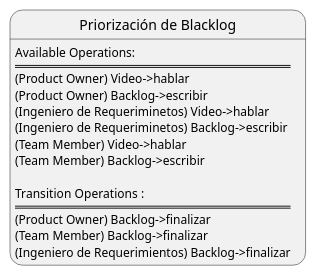
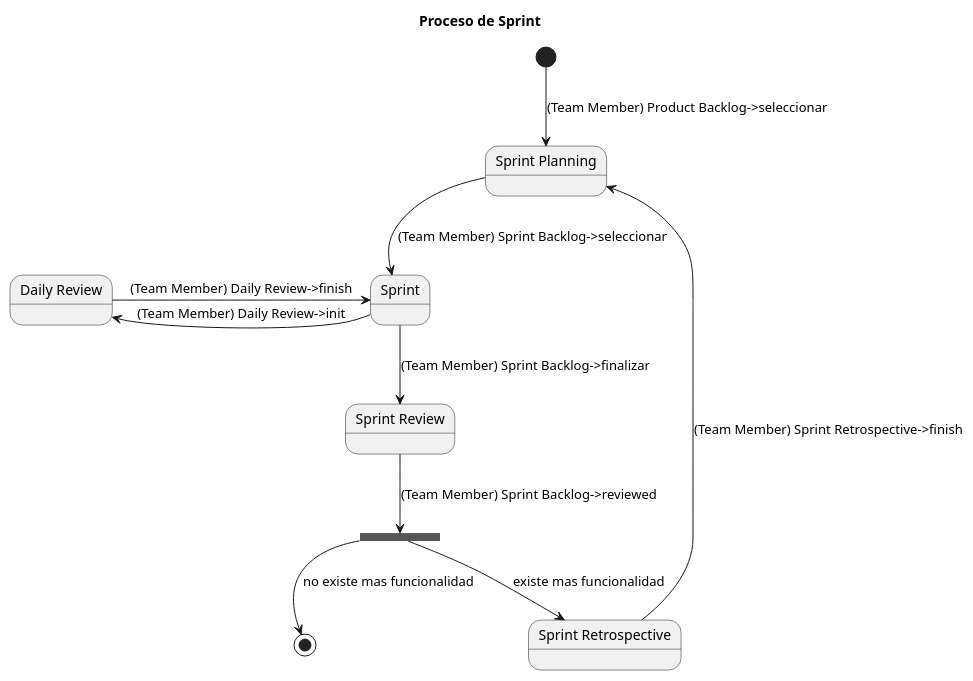
The second of 3 diagrams in entrega1/actividades/sprint/sprint.plantuml (pablodanielrey/colaborativos), drawn with PlantUML before and after one commit. The commit also changed other lines of this file and 1 other file, not shown here.

```diff
--- a/entrega1/actividades/sprint/sprint.plantuml
+++ b/entrega1/actividades/sprint/sprint.plantuml
@@ -33,21 +162,24 @@
-@startuml sping_protocol
+@startuml sprint_process
+title "Proceso de Sprint"
 
-state "Priorización de Blacklog" as a4
-a4: Available Operations:
-a4: ==================================================
-a4: (Product Owner) Video->hablar
-a4: (Product Owner) Backlog->escribir
-a4: (Ingeniero de Requeriminetos) Video->hablar
-a4: (Ingeniero de Requeriminetos) Backlog->escribir
-a4: (Team Member) Video->hablar
-a4: (Team Member) Backlog->escribir
-a4:
-a4: Transition Operations :
-a4: ==================================================
-a4: (Product Owner) Backlog->finalizar
-a4: (Team Member) Backlog->finalizar
-a4: (Ingeniero de Requerimientos) Backlog->finalizar
+state "Sprint Planning" as planning
+state "Sprint" as sprint
+state "Daily Review" as daily
+state "Sprint Review" as review
+state "Sprint Retrospective" as retrospective
 
+state f <<fork>>
+
+sprint -> daily : (Team Member) Daily Review->init
+daily -> sprint : (Team Member) Daily Review->finish
+
+[*] --> planning : (Team Member) Product Backlog->seleccionar
+planning --> sprint : (Team Member) Sprint Backlog->seleccionar
+sprint --> review : (Team Member) Sprint Backlog->finalizar
+review --> f : (Team Member) Sprint Backlog->reviewed
+f --> retrospective : existe mas funcionalidad
+f --> [*] : no existe mas funcionalidad
+retrospective --u--> planning : (Team Member) Sprint Retrospective->finish
 
 
 @enduml
```
